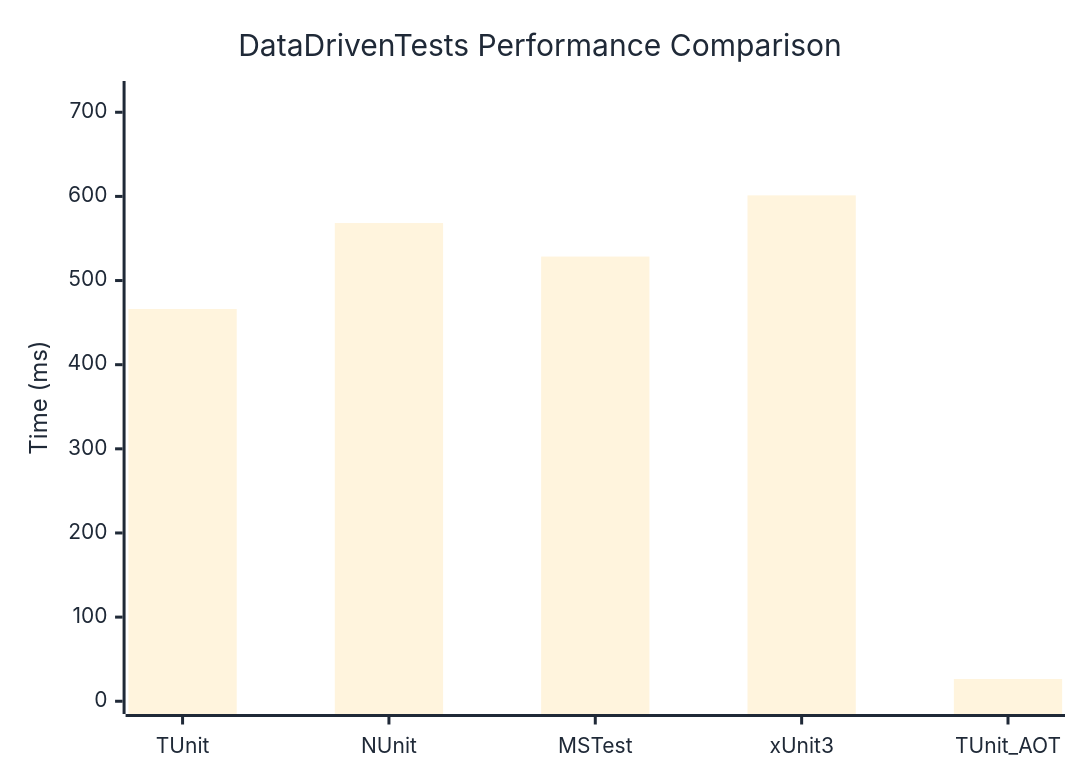
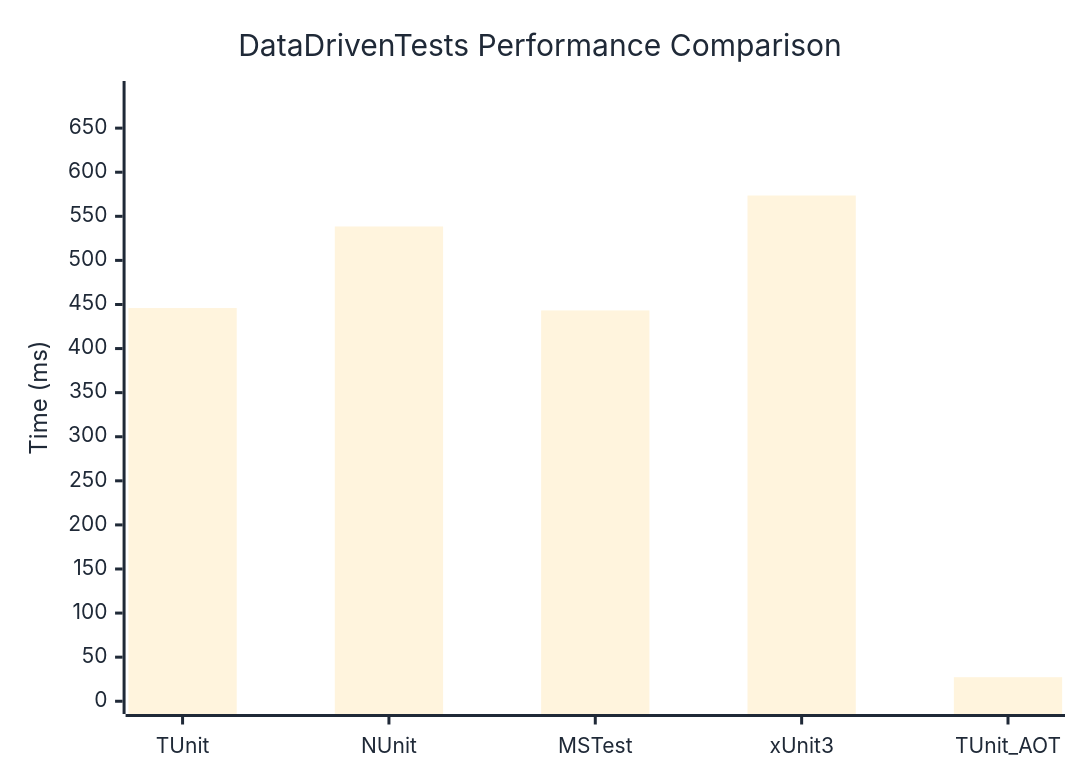
The diagram in docs/docs/benchmarks/DataDrivenTests.md (thomhurst/TUnit), drawn with Mermaid before and after one commit. The commit also changed other lines of this file and 16 other files, not shown here.

````diff
--- a/docs/docs/benchmarks/DataDrivenTests.md
+++ b/docs/docs/benchmarks/DataDrivenTests.md
@@ -27,37 +27,37 @@
 ```mermaid
 %%{init: {
   'theme':'base',
   'themeVariables': {
     'primaryColor': '#2563eb',
     'primaryTextColor': '#1f2937',
     'primaryBorderColor': '#1e40af',
     'lineColor': '#6b7280',
     'secondaryColor': '#7c3aed',
     'tertiaryColor': '#dc2626',
     'background': '#ffffff',
     'mainBkg': '#2563eb',
     'secondBkg': '#7c3aed',
     'tertiaryBkg': '#dc2626',
     'clusterBkg': '#f3f4f6',
     'edgeLabelBackground': '#ffffff',
     'tertiaryTextColor': '#1f2937',
     'pie1': '#2563eb',
     'pie2': '#7c3aed',
     'pie3': '#dc2626',
     'pie4': '#f59e0b',
     'pie5': '#10b981',
     'pie6': '#06b6d4',
     'pie7': '#ec4899',
     'pie8': '#6366f1',
     'pie9': '#84cc16',
     'pie10': '#f97316',
     'pie11': '#14b8a6',
     'pie12': '#a855f7'
   }
 }}%%
 xychart-beta
   title "DataDrivenTests Performance Comparison"
   x-axis ["TUnit", "NUnit", "MSTest", "xUnit3", "TUnit_AOT"]
-  y-axis "Time (ms)" 0 --> 722
-  bar [466.17, 568.33, 528.49, 601.22, 26.44]
+  y-axis "Time (ms)" 0 --> 689
+  bar [445.94, 538.46, 443.26, 573.58, 27.3]
 ```
````
